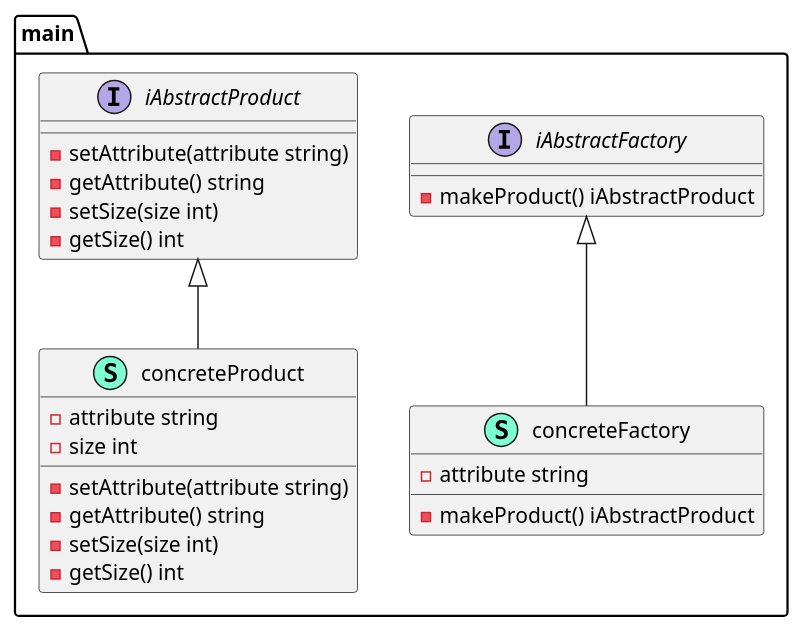
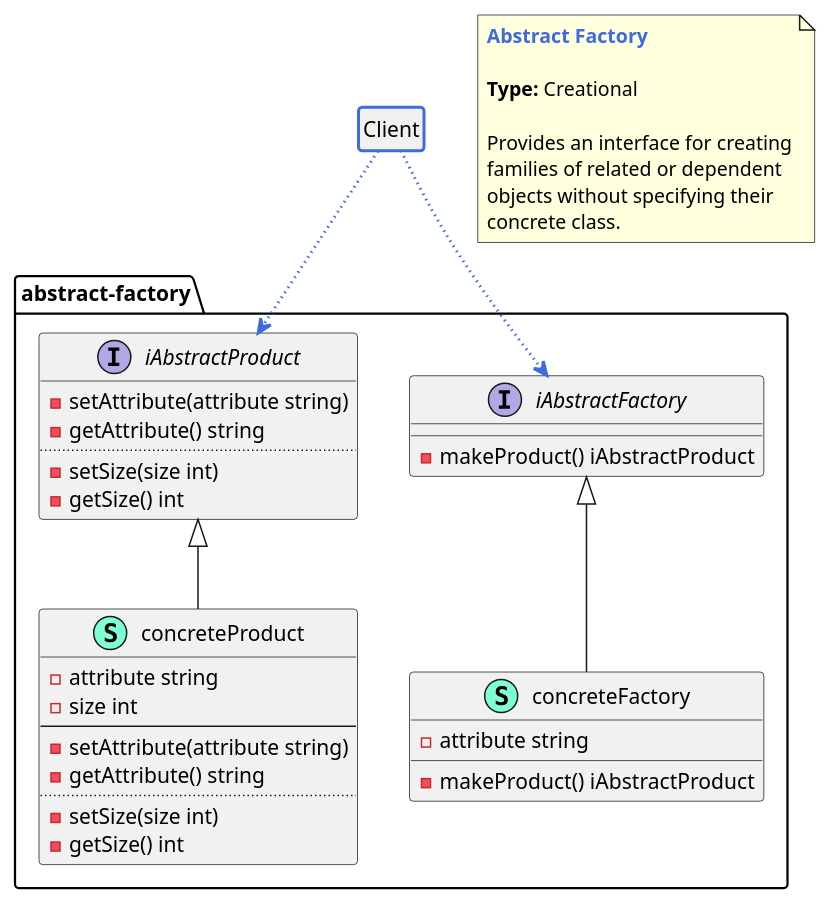
Before and after one commit to cloudemprise/go-dsgn-pttrn-abstract-factory: the diagram in abstract-factory.puml, drawn with PlantUML. The commit also changed 1 other file, not shown here.

Commit message:
UML diagram improved.

```diff
--- a/abstract-factory.puml
+++ b/abstract-factory.puml
@@ -1,35 +1,54 @@
-@startuml
-namespace main {
+@startuml abstract-factory
+
+class Client #line.bold:royalBlue
+hide Client members
+hide Client circle
+
+namespace abstract-factory {
     class concreteFactory << (S,Aquamarine) >> {
         - attribute string
 
         - makeProduct() iAbstractProduct
 
     }
     class concreteProduct << (S,Aquamarine) >> {
         - attribute string
         - size int
-
+        --
         - setAttribute(attribute string) 
         - getAttribute() string
+        ..
         - setSize(size int) 
         - getSize() int
-
     }
     interface iAbstractFactory  {
         - makeProduct() iAbstractProduct
 
     }
     interface iAbstractProduct  {
         - setAttribute(attribute string) 
         - getAttribute() string
+        ..
         - setSize(size int) 
         - getSize() int
-
     }
 }
 
-"main.iAbstractFactory" <|-- "main.concreteFactory"
-"main.iAbstractProduct" <|-- "main.concreteProduct"
+"Client" -[dotted,thickness=2,#royalBlue]-> "abstract-factory.iAbstractFactory"
+"Client" -[dotted,thickness=2,#royalBlue]-> "abstract-factory.iAbstractProduct"
+
+"abstract-factory.iAbstractFactory" <|-- "abstract-factory.concreteFactory"
+"abstract-factory.iAbstractProduct" <|-- "abstract-factory.concreteProduct"
+
+note as N1
+    <b><color:royalBlue>Abstract Factory</color></b>
+
+    <b>Type:</b> Creational
+
+    Provides an interface for creating
+    families of related or dependent
+    objects without specifying their
+    concrete class.
+end note
 
 @enduml
```
